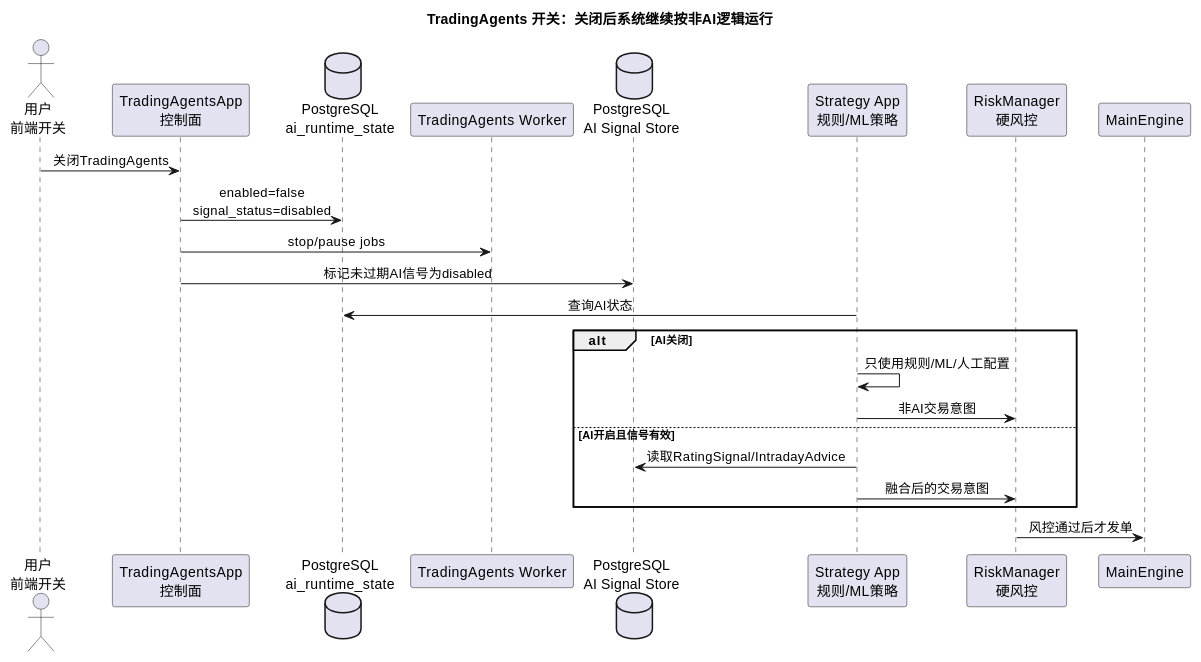
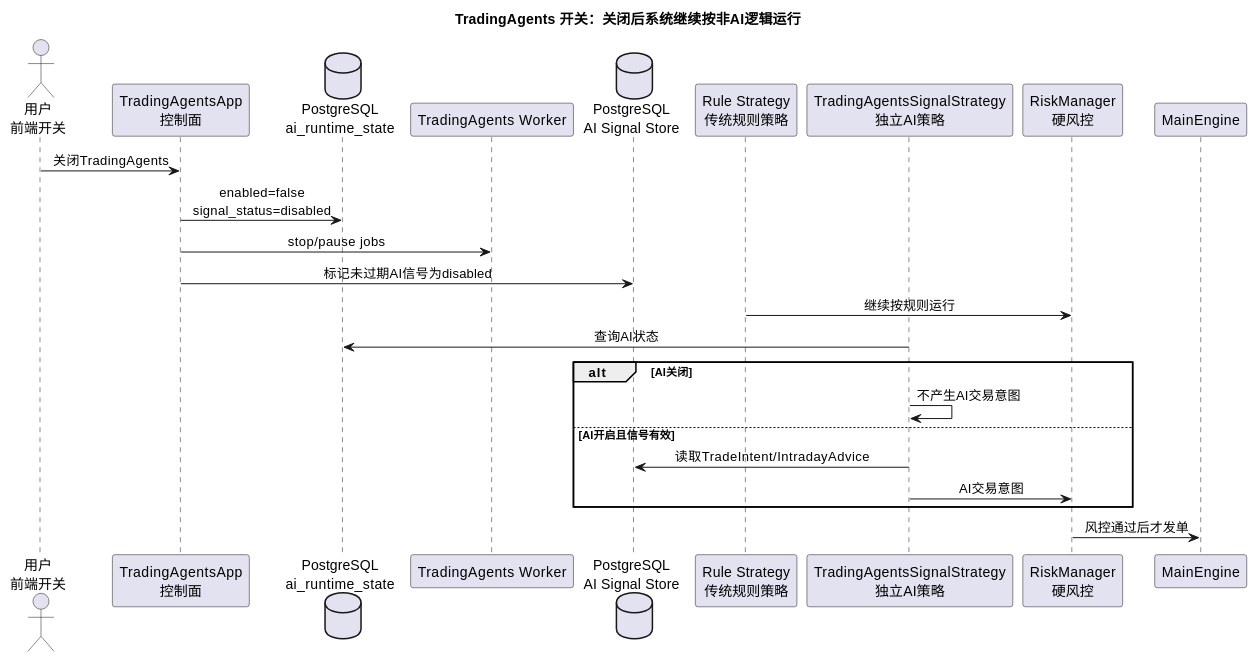
Diagram 15 of 16 in docs/community/info/custom_quant_architecture.md (zhoudirac-C/vnpy), drawn with PlantUML before and after one commit. The commit also changed other lines of this file and 24 other files, not shown here.

Commit message:
feat: add independent TradingAgents strategy flow

````diff
--- a/docs/community/info/custom_quant_architecture.md
+++ b/docs/community/info/custom_quant_architecture.md
@@ -1113,32 +1164,33 @@
 ```plantuml
 @startuml
 title TradingAgents 开关：关闭后系统继续按非AI逻辑运行
 
 skinparam shadowing false
 skinparam sequenceMessageAlign center
 
 actor "用户\n前端开关" as User
 participant "TradingAgentsApp\n控制面" as App
 database "PostgreSQL\nai_runtime_state" as State
 participant "TradingAgents Worker" as Worker
 database "PostgreSQL\nAI Signal Store" as SignalStore
-participant "Strategy App\n规则/ML策略" as Strategy
+participant "Rule Strategy\n传统规则策略" as RuleStrategy
+participant "TradingAgentsSignalStrategy\n独立AI策略" as AIStrategy
 participant "RiskManager\n硬风控" as Risk
 participant "MainEngine" as Main
 
 User -> App : 关闭TradingAgents
 App -> State : enabled=false\nsignal_status=disabled
 App -> Worker : stop/pause jobs
 App -> SignalStore : 标记未过期AI信号为disabled
-Strategy -> State : 查询AI状态
+RuleStrategy -> Risk : 继续按规则运行
+AIStrategy -> State : 查询AI状态
 alt AI关闭
-  Strategy -> Strategy : 只使用规则/ML/人工配置
-  Strategy -> Risk : 非AI交易意图
+  AIStrategy -> AIStrategy : 不产生AI交易意图
 else AI开启且信号有效
-  Strategy -> SignalStore : 读取RatingSignal/IntradayAdvice
-  Strategy -> Risk : 融合后的交易意图
+  AIStrategy -> SignalStore : 读取TradeIntent/IntradayAdvice
+  AIStrategy -> Risk : AI交易意图
 end
 Risk -> Main : 风控通过后才发单
 
 @enduml
 ```
````
